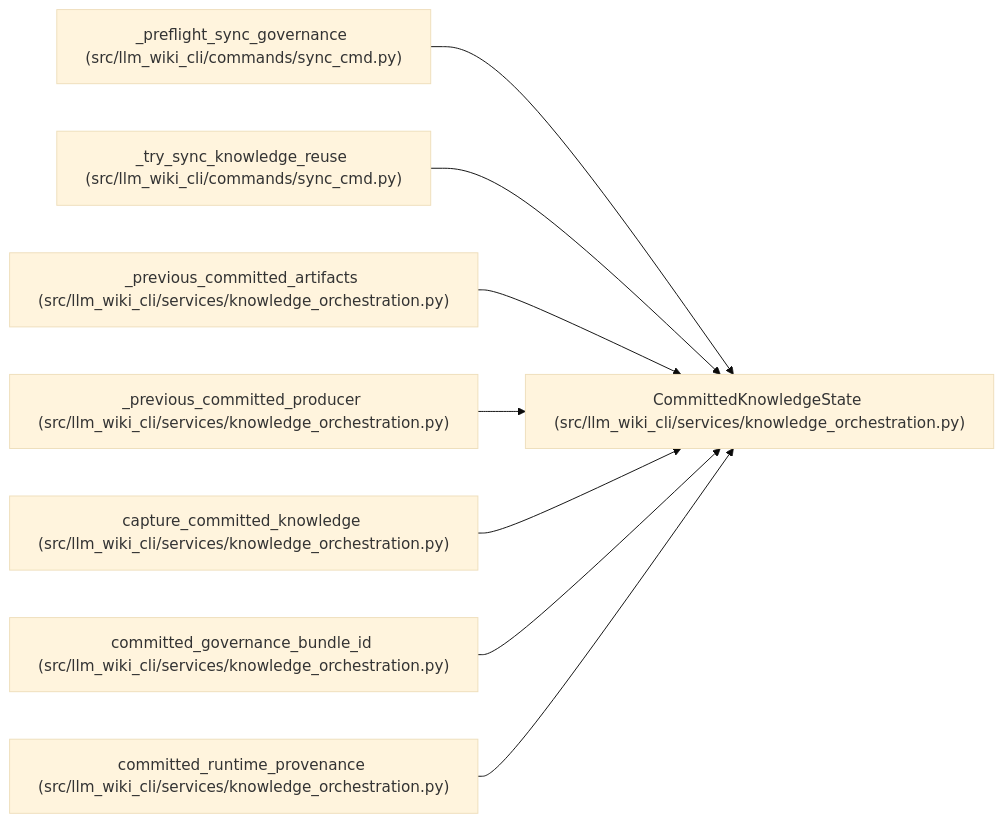
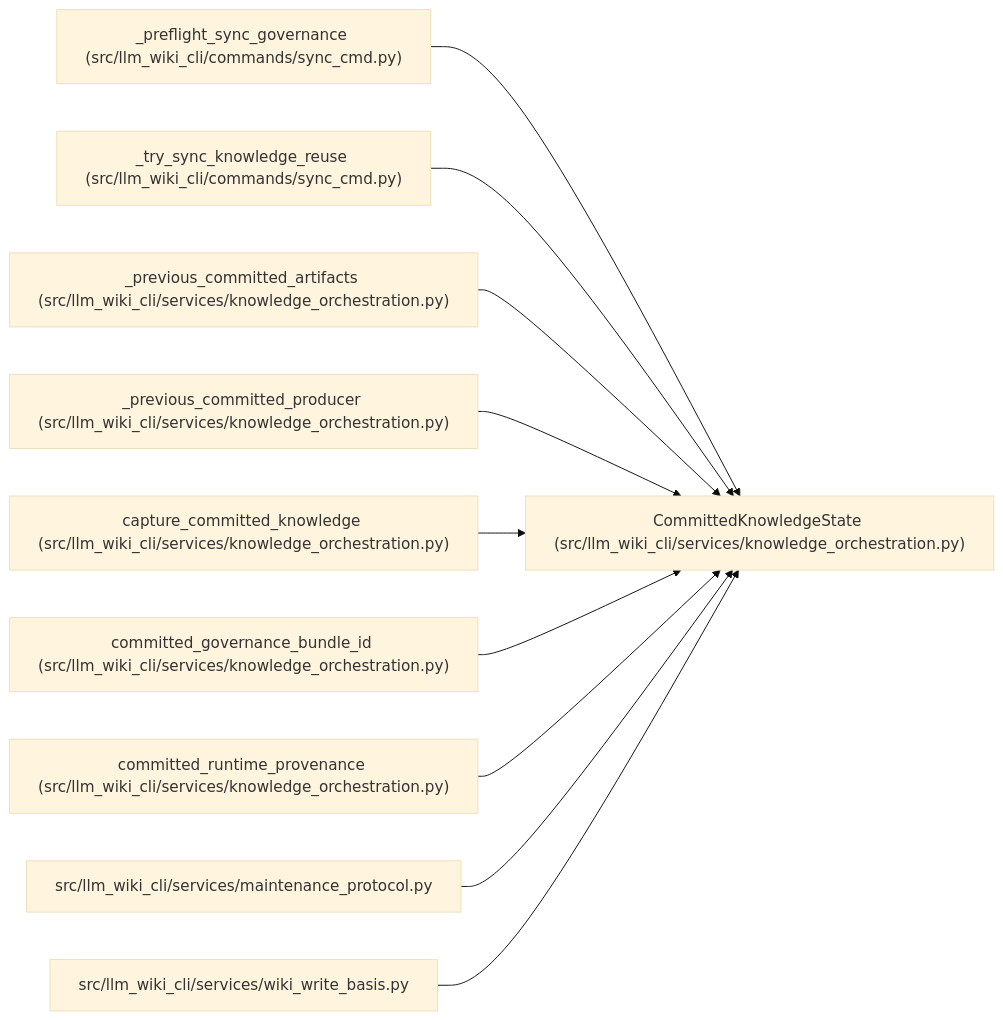
The diagram in docs/llm_wiki/entities/CommittedKnowledgeState.md (Denissvgn/python-wiki-llm), drawn with Mermaid (base theme) before and after one commit. The commit also changed other lines of this file and 627 other files, not shown here.

````diff
--- a/docs/llm_wiki/entities/CommittedKnowledgeState.md
+++ b/docs/llm_wiki/entities/CommittedKnowledgeState.md
@@ -33,26 +33,32 @@
 ```mermaid
 flowchart LR
     n0["CommittedKnowledgeState (src/llm_wiki_cli/services/knowledge_orchestration.py)"]
     n1["_preflight_sync_governance (src/llm_wiki_cli/commands/sync_cmd.py)"]
     n2["_try_sync_knowledge_reuse (src/llm_wiki_cli/commands/sync_cmd.py)"]
     n3["_previous_committed_artifacts (src/llm_wiki_cli/services/knowledge_orchestration.py)"]
     n4["_previous_committed_producer (src/llm_wiki_cli/services/knowledge_orchestration.py)"]
     n5["capture_committed_knowledge (src/llm_wiki_cli/services/knowledge_orchestration.py)"]
     n6["committed_governance_bundle_id (src/llm_wiki_cli/services/knowledge_orchestration.py)"]
     n7["committed_runtime_provenance (src/llm_wiki_cli/services/knowledge_orchestration.py)"]
+    n8["src/llm_wiki_cli/services/maintenance_protocol.py"]
+    n9["src/llm_wiki_cli/services/wiki_write_basis.py"]
     n1 --> n0
     n2 --> n0
     n3 --> n0
     n4 --> n0
     n5 --> n0
     n6 --> n0
     n7 --> n0
+    n8 --> n0
+    n9 --> n0
     click n0 "../modules/knowledge_orchestration.md"
     click n1 "../modules/sync_cmd.md"
     click n2 "../modules/sync_cmd.md"
     click n3 "../modules/knowledge_orchestration.md"
     click n4 "../modules/knowledge_orchestration.md"
     click n5 "../modules/knowledge_orchestration.md"
     click n6 "../modules/knowledge_orchestration.md"
     click n7 "../modules/knowledge_orchestration.md"
+    click n8 "../modules/maintenance_protocol.md"
+    click n9 "../modules/wiki_write_basis.md"
 ```
````
